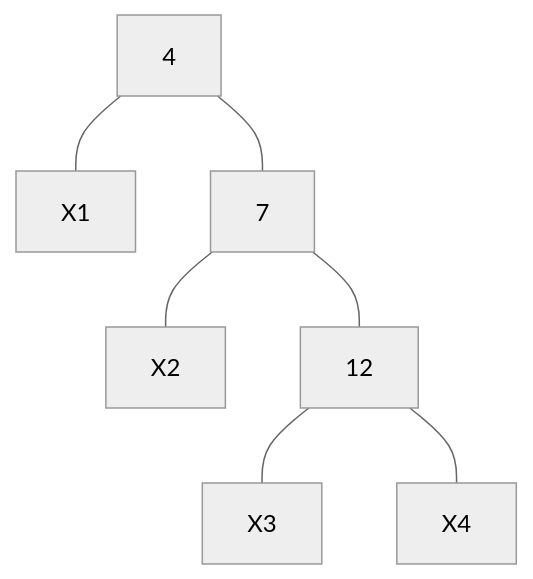
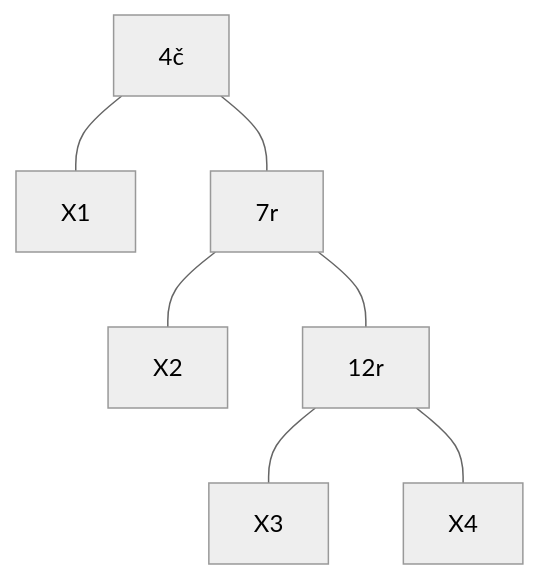
One commit to Tiggax/Zapiski changed diagram 14 of 18 in 2. Letnik/Podatkovne strukture in algoritmi/vaje.17-11-2021.md. Above: the diagram before and after it, drawn with Mermaid (neutral theme). The commit also changed other lines of this file, not shown here.

````diff
--- a/2. Letnik/Podatkovne strukture in algoritmi/vaje.17-11-2021.md
+++ b/2. Letnik/Podatkovne strukture in algoritmi/vaje.17-11-2021.md
@@ -169,10 +169,10 @@
 ```mermaid
 graph TD
-A[4]
+A[4č]
 A---X1
-A---B[7]
+A---B[7r]
 B---X2
-B---C[12]
+B---C[12r]
 C---X3
 C---X4
 ```
````
